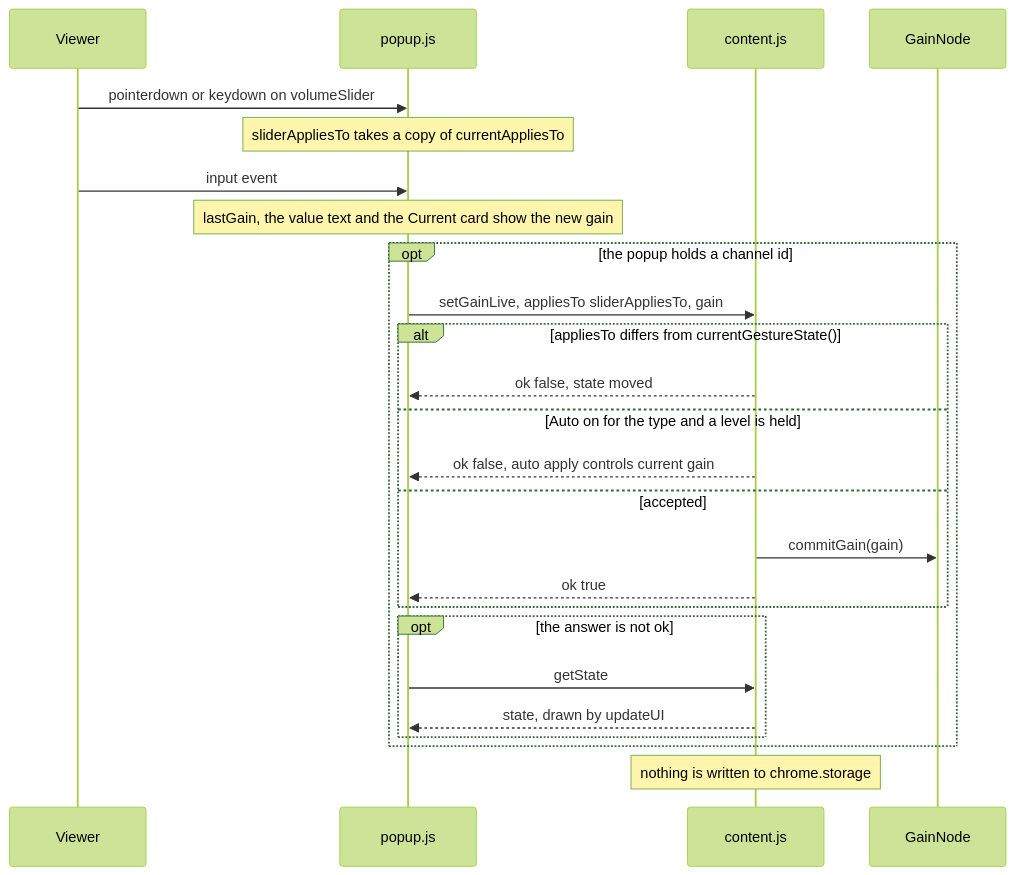
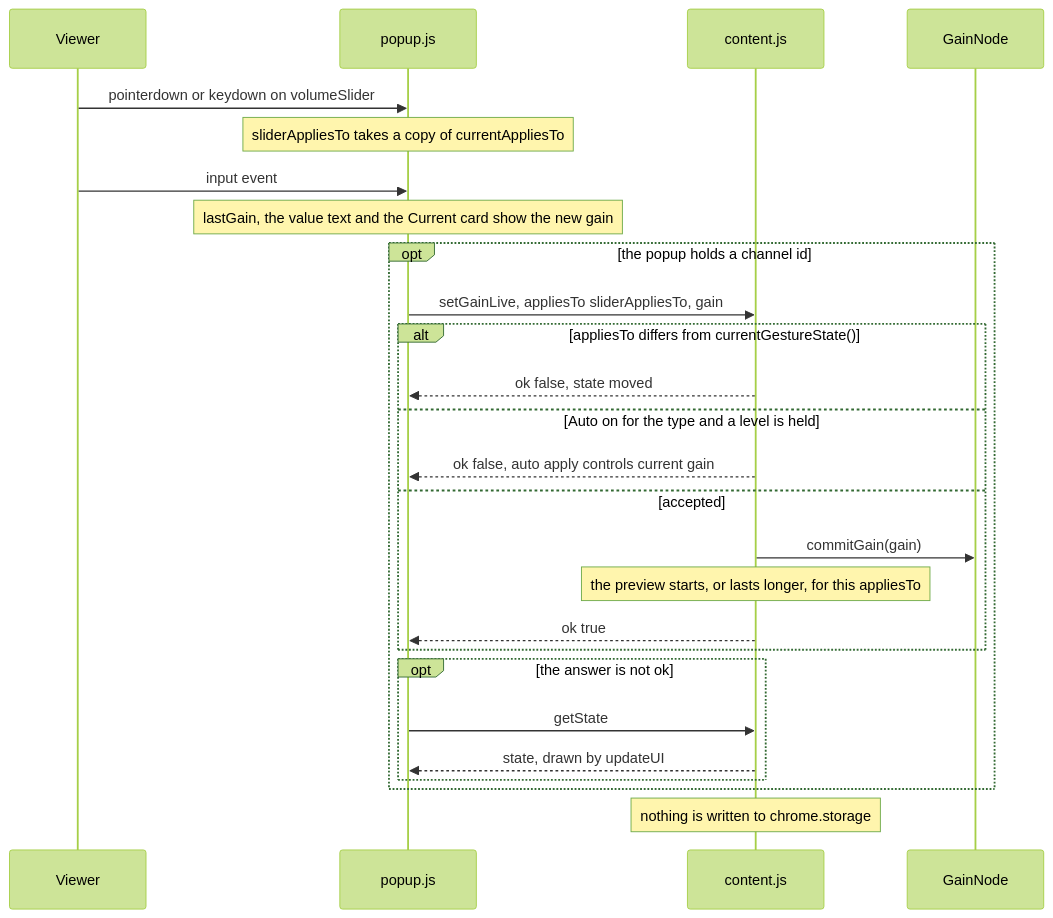
The third of 14 diagrams in docs/gain-change-and-save.md (semnil/yt-channel-volume), drawn with Mermaid (forest theme) before and after one commit. The commit also changed other lines of this file and 5 other files, not shown here.

````diff
--- a/docs/gain-change-and-save.md
+++ b/docs/gain-change-and-save.md
@@ -161,27 +162,28 @@
 ```mermaid
 sequenceDiagram
   participant V as Viewer
   participant P as popup.js
   participant C as content.js
   participant G as GainNode
   V->>P: pointerdown or keydown on volumeSlider
   Note over P: sliderAppliesTo takes a copy of currentAppliesTo
   V->>P: input event
   Note over P: lastGain, the value text and the Current card show the new gain
   opt the popup holds a channel id
     P->>C: setGainLive, appliesTo sliderAppliesTo, gain
     alt appliesTo differs from currentGestureState()
       C-->>P: ok false, state moved
     else Auto on for the type and a level is held
       C-->>P: ok false, auto apply controls current gain
     else accepted
       C->>G: commitGain(gain)
+      Note over C: the preview starts, or lasts longer, for this appliesTo
       C-->>P: ok true
     end
     opt the answer is not ok
       P->>C: getState
       C-->>P: state, drawn by updateUI
     end
   end
   Note over C: nothing is written to chrome.storage
 ```
````
